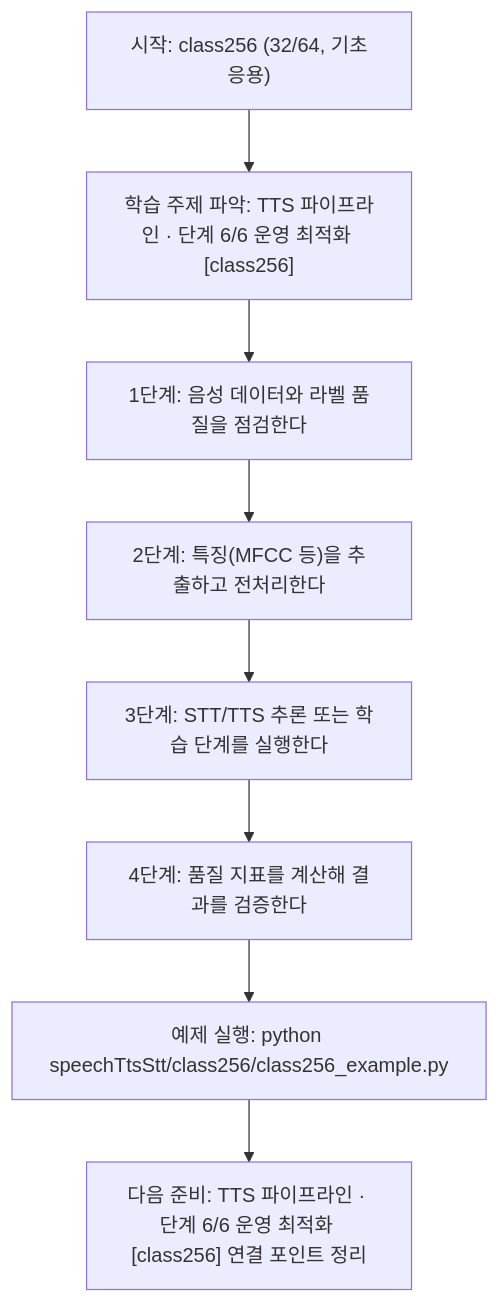
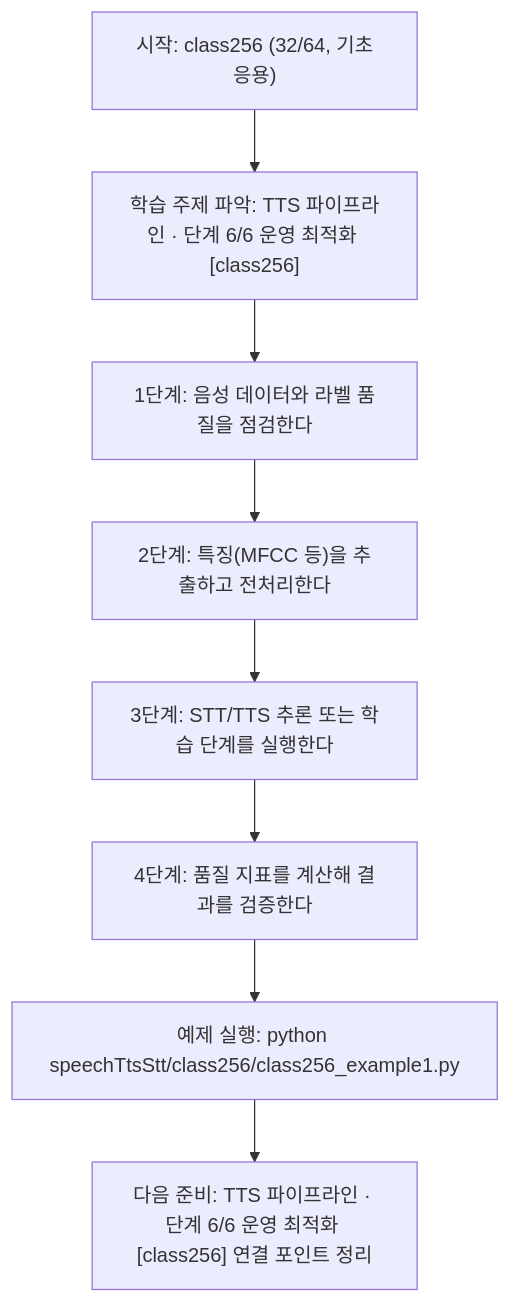
The diagram in speechTtsStt/class256/class256.md (edumgt/Python-AI_Agent-Class), drawn with Mermaid before and after one commit. The commit also changed other lines of this file and 2959 other files, not shown here.

````diff
--- a/speechTtsStt/class256/class256.md
+++ b/speechTtsStt/class256/class256.md
@@ -113,18 +113,18 @@
 ```mermaid
 flowchart TD
 N1["시작: class256 (32/64, 기초응용)"]
 N2["학습 주제 파악: TTS 파이프라인 · 단계 6/6 운영 최적화 [class256]"]
 N3["1단계: 음성 데이터와 라벨 품질을 점검한다"]
 N4["2단계: 특징(MFCC 등)을 추출하고 전처리한다"]
 N5["3단계: STT/TTS 추론 또는 학습 단계를 실행한다"]
 N6["4단계: 품질 지표를 계산해 결과를 검증한다"]
-N7["예제 실행: python speechTtsStt/class256/class256_example.py"]
+N7["예제 실행: python speechTtsStt/class256/class256_example1.py"]
 N8["다음 준비: TTS 파이프라인 · 단계 6/6 운영 최적화 [class256] 연결 포인트 정리"]
 N1 --> N2
 N2 --> N3
 N3 --> N4
 N4 --> N5
 N5 --> N6
 N6 --> N7
 N7 --> N8
 ```
````
